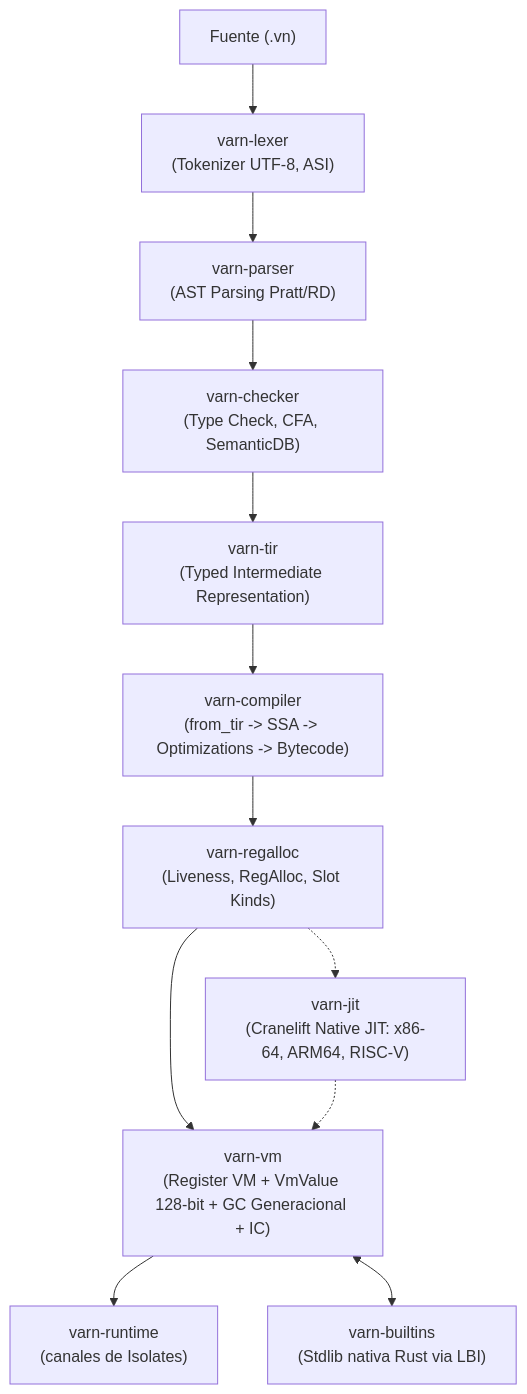
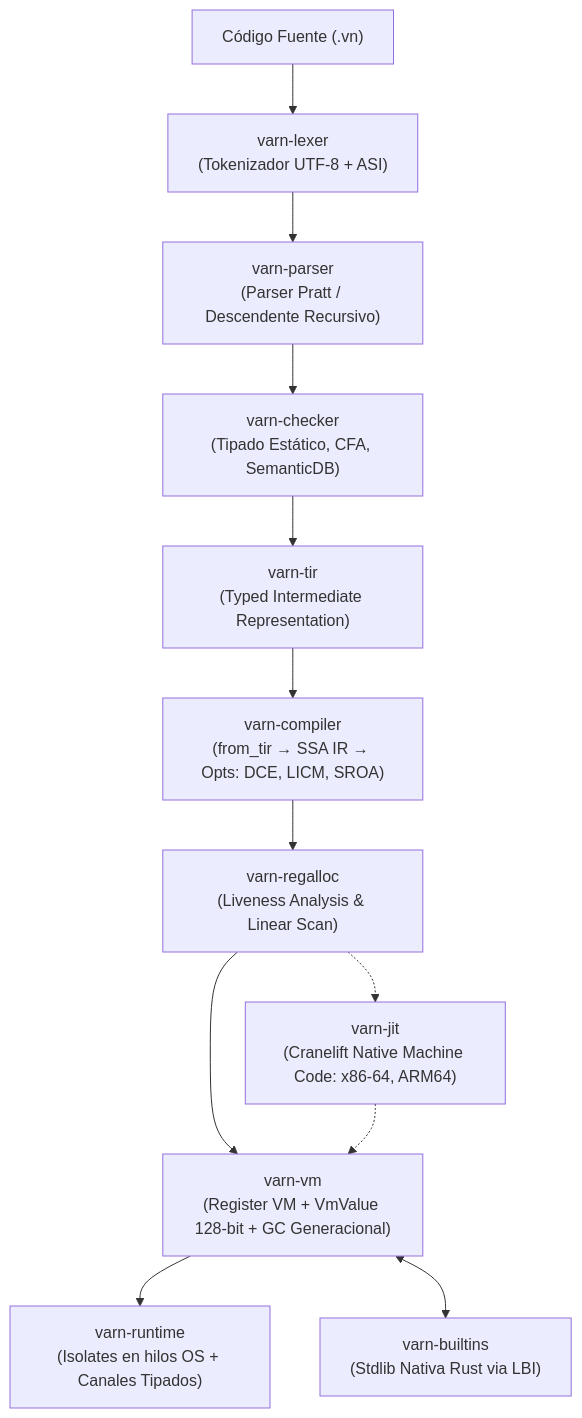
Before and after one commit to carlos-burelo/varn: the diagram in README.md, drawn with Mermaid. The commit also changed other lines of this file and 1 other file, not shown here.

````diff
--- a/README.md
+++ b/README.md
@@ -47,14 +120,14 @@
 ```mermaid
 flowchart TD
-    A["Fuente (.vn)"] --> B["varn-lexer\n(Tokenizer UTF-8, ASI)"]
-    B --> C["varn-parser\n(AST Parsing Pratt/RD)"]
-    C --> D["varn-checker\n(Type Check, CFA, SemanticDB)"]
+    A["Código Fuente (.vn)"] --> B["varn-lexer\n(Tokenizador UTF-8 + ASI)"]
+    B --> C["varn-parser\n(Parser Pratt / Descendente Recursivo)"]
+    C --> D["varn-checker\n(Tipado Estático, CFA, SemanticDB)"]
     D --> E["varn-tir\n(Typed Intermediate Representation)"]
-    E --> F["varn-compiler\n(from_tir -> SSA -> Optimizations -> Bytecode)"]
-    F --> G["varn-regalloc\n(Liveness, RegAlloc, Slot Kinds)"]
-    G --> H["varn-vm\n(Register VM + VmValue 128-bit + GC Generacional + IC)"]
-    G -.-> I["varn-jit\n(Cranelift Native JIT: x86-64, ARM64, RISC-V)"]
+    E --> F["varn-compiler\n(from_tir → SSA IR → Opts: DCE, LICM, SROA)"]
+    F --> G["varn-regalloc\n(Liveness Analysis & Linear Scan)"]
+    G --> H["varn-vm\n(Register VM + VmValue 128-bit + GC Generacional)"]
+    G -.-> I["varn-jit\n(Cranelift Native Machine Code: x86-64, ARM64)"]
     I -.-> H
-    H --> J["varn-runtime\n(canales de Isolates)"]
-    H <--> K["varn-builtins\n(Stdlib nativa Rust via LBI)"]
+    H --> J["varn-runtime\n(Isolates en hilos OS + Canales Tipados)"]
+    H <--> K["varn-builtins\n(Stdlib Nativa Rust via LBI)"]
 ```
````
